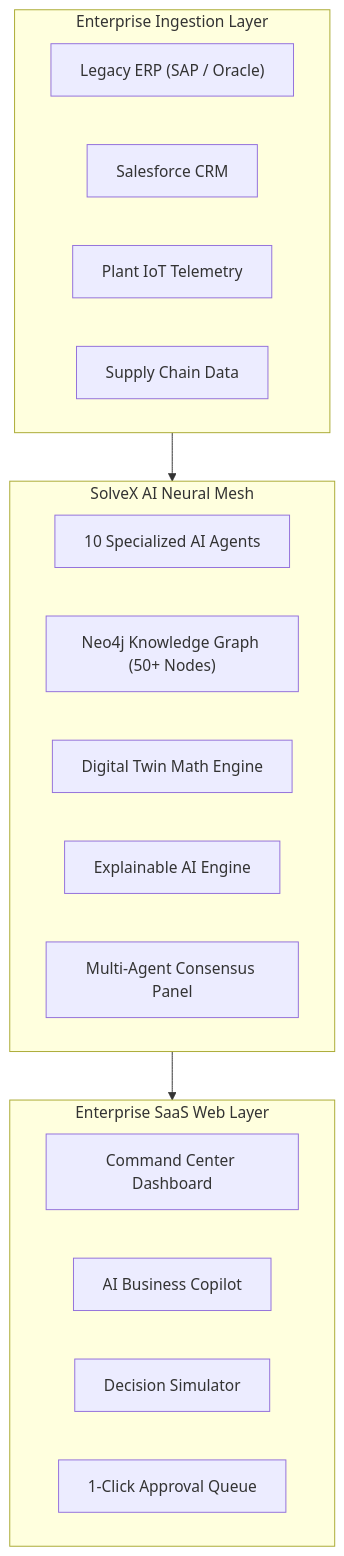
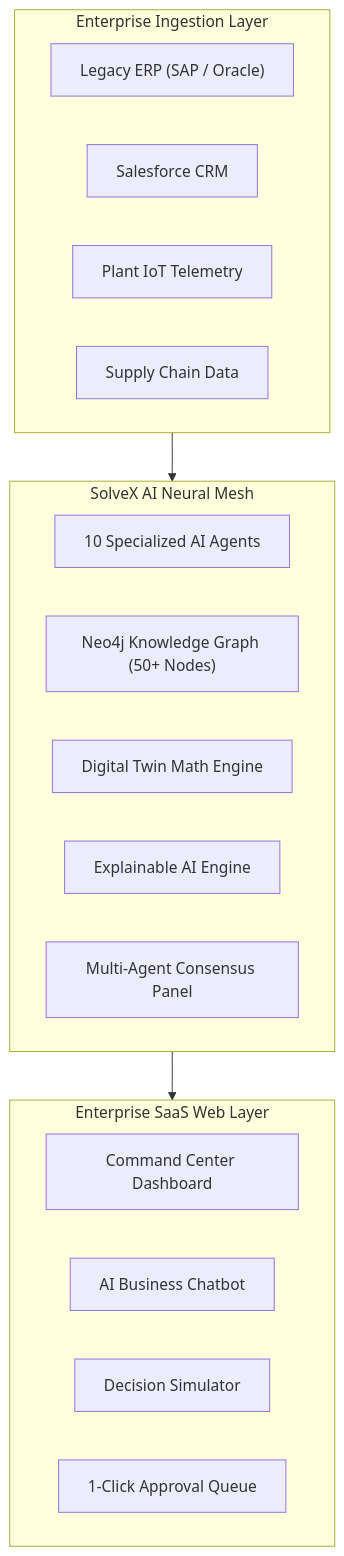
One commit to Deepak-0616/Stock_Sphere changed the diagram in docs/ARCHITECTURE.md. Above: the diagram before and after it, drawn with Mermaid. The commit also changed 6 other files, not shown here.

````diff
--- a/docs/ARCHITECTURE.md
+++ b/docs/ARCHITECTURE.md
@@ -7,27 +7,27 @@
 ```mermaid
 graph TD
     subgraph DataIngestion ["Enterprise Ingestion Layer"]
         ERP["Legacy ERP (SAP / Oracle)"]
         CRM["Salesforce CRM"]
         IOT["Plant IoT Telemetry"]
         SCM["Supply Chain Data"]
     end
 
     subgraph IntelligenceOS ["SolveX AI Neural Mesh"]
         AGENT_MESH["10 Specialized AI Agents"]
         KG["Neo4j Knowledge Graph (50+ Nodes)"]
         DIGITAL_TWIN["Digital Twin Math Engine"]
         ROOT_CAUSE["Explainable AI Engine"]
       COMM_PANEL["Multi-Agent Consensus Panel"]
     end
 
     subgraph Presentation ["Enterprise SaaS Web Layer"]
       COMMAND_CENTER["Command Center Dashboard"]
-      COPILOT["AI Business Copilot"]
+      COPILOT["AI Business Chatbot"]
       SIMULATOR["Decision Simulator"]
       APPROVALS["1-Click Approval Queue"]
     end
 
     DataIngestion --> IntelligenceOS
     IntelligenceOS --> Presentation
 ```
````
